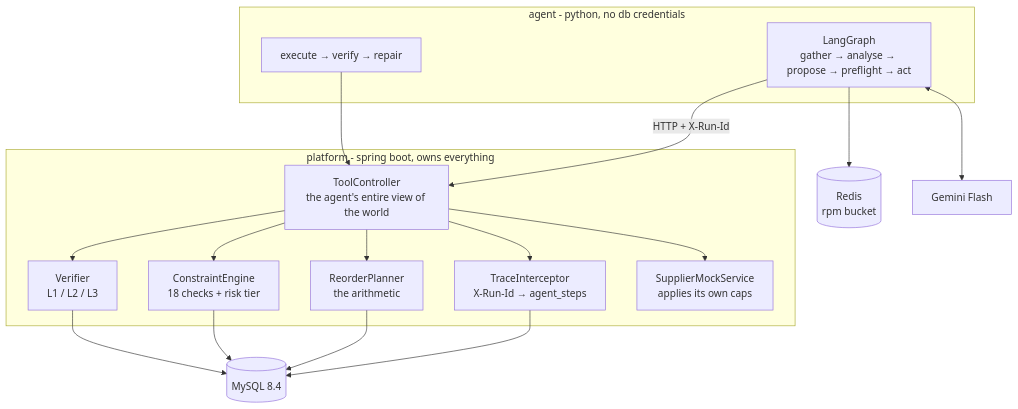
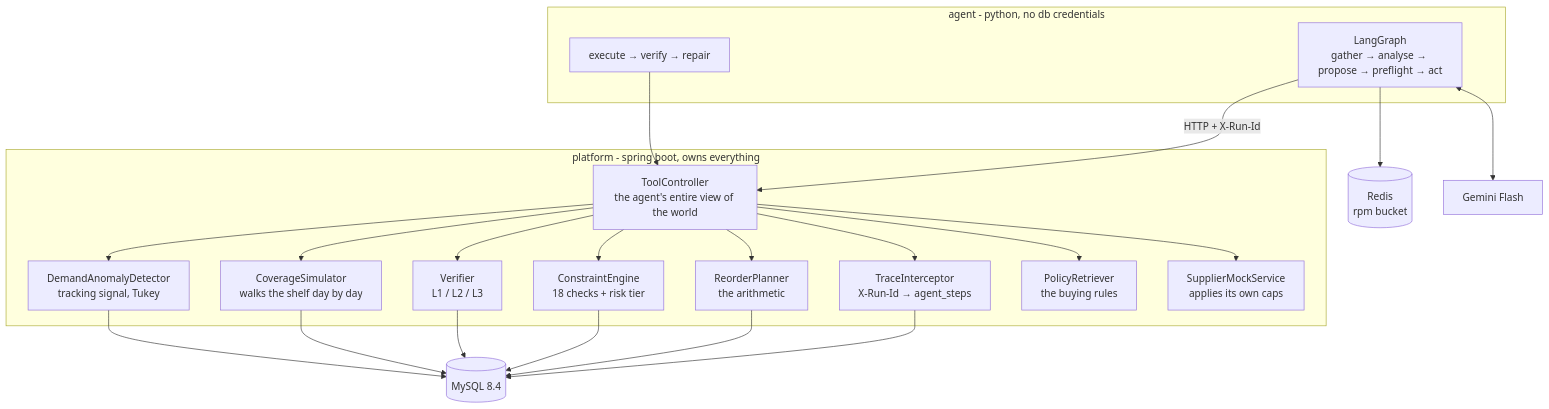
The diagram in README.md (a-ditya1910/rappi-ai-purchasing-agent), drawn with Mermaid before and after one commit. The commit also changed other lines of this file and 1 other file, not shown here.

````diff
--- a/README.md
+++ b/README.md
@@ -76,28 +99,31 @@
 ```mermaid
 flowchart TB
     subgraph AGENT["agent - python, no db credentials"]
         G["LangGraph<br/>gather → analyse → propose → preflight → act"]
         R["execute → verify → repair"]
     end
 
     subgraph PLATFORM["platform - spring boot, owns everything"]
         T["ToolController<br/>the agent's entire view of the world"]
         I["TraceInterceptor<br/>X-Run-Id → agent_steps"]
         P["ReorderPlanner<br/>the arithmetic"]
         C["ConstraintEngine<br/>18 checks + risk tier"]
         V["Verifier<br/>L1 / L2 / L3"]
+        CS["CoverageSimulator<br/>walks the shelf day by day"]
+        D["DemandAnomalyDetector<br/>tracking signal, Tukey"]
+        PR["PolicyRetriever<br/>the buying rules"]
         S["SupplierMockService<br/>applies its own caps"]
     end
 
     DB[("MySQL 8.4")]
     RD[("Redis<br/>rpm bucket")]
     LLM["Gemini Flash"]
 
     G <--> LLM
     G -->|"HTTP + X-Run-Id"| T
     R --> T
     T --> I --> DB
-    T --> P & C & V & S
-    P & C & V --> DB
+    T --> P & C & V & CS & D & PR & S
+    P & C & V & CS & D --> DB
     G --> RD
 ```
````
